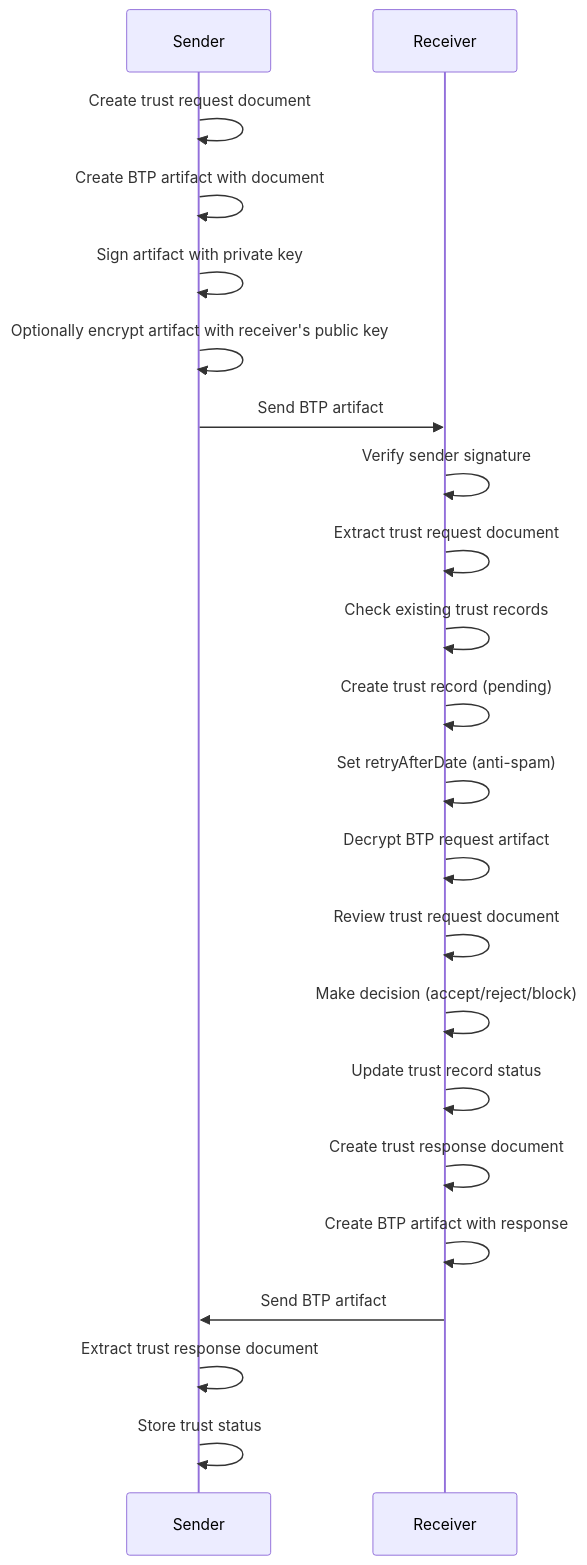
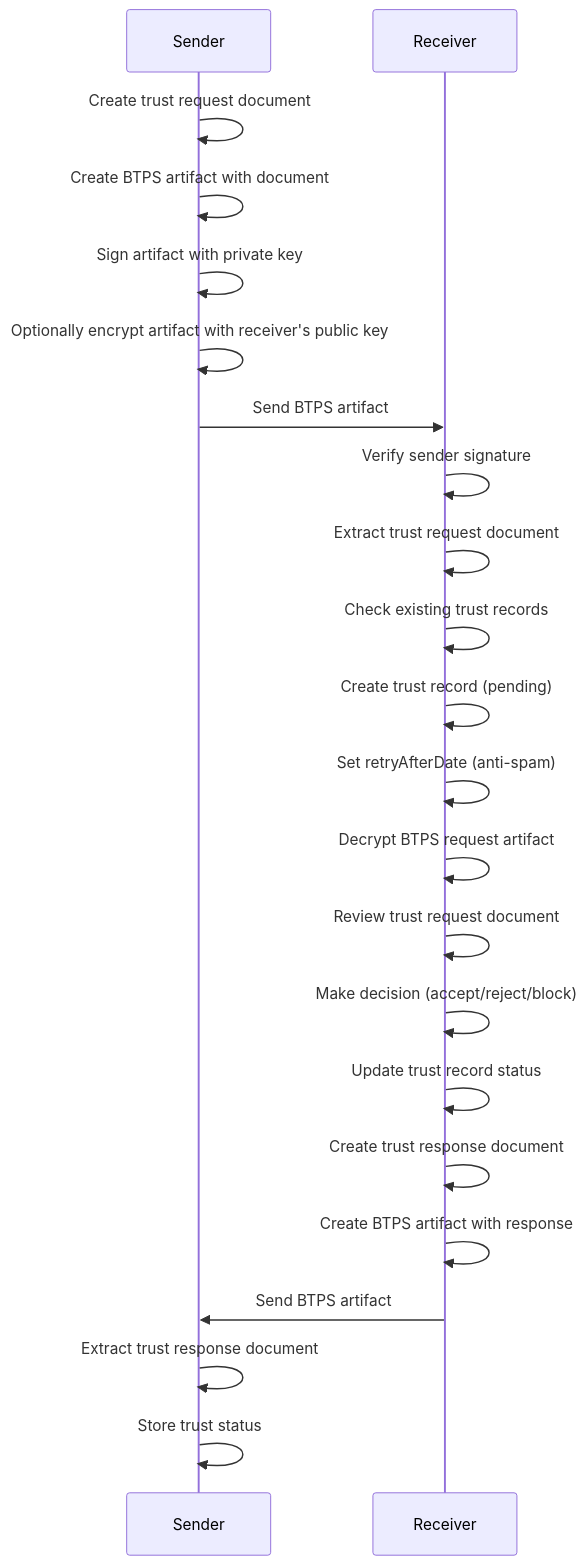
One commit to openbtps/btps-node changed the third of 7 diagrams in docs/docusaurus/docs/protocol/messageFlow.md. Above: the diagram before and after it, drawn with Mermaid. The commit also changed other lines of this file and 19 other files, not shown here.

Commit message:
- updated BTP word to BTPS

````diff
--- a/docs/docusaurus/docs/protocol/messageFlow.md
+++ b/docs/docusaurus/docs/protocol/messageFlow.md
@@ -144,28 +151,28 @@
 ```mermaid
 sequenceDiagram
     participant S as Sender
     participant R as Receiver
-    
+
     S->>S: Create trust request document
-    S->>S: Create BTP artifact with document
+    S->>S: Create BTPS artifact with document
     S->>S: Sign artifact with private key
     S->>S: Optionally encrypt artifact with receiver's public key
-    S->>R: Send BTP artifact
-    
+    S->>R: Send BTPS artifact
+
     R->>R: Verify sender signature
     R->>R: Extract trust request document
     R->>R: Check existing trust records
     R->>R: Create trust record (pending)
     R->>R: Set retryAfterDate (anti-spam)
-    
-    R->>R: Decrypt BTP request artifact
+
+    R->>R: Decrypt BTPS request artifact
     R->>R: Review trust request document
     R->>R: Make decision (accept/reject/block)
     R->>R: Update trust record status
-    
+
     R->>R: Create trust response document
-    R->>R: Create BTP artifact with response
-    R->>S: Send BTP artifact
+    R->>R: Create BTPS artifact with response
+    R->>S: Send BTPS artifact
     S->>S: Extract trust response document
     S->>S: Store trust status
 ```
````
